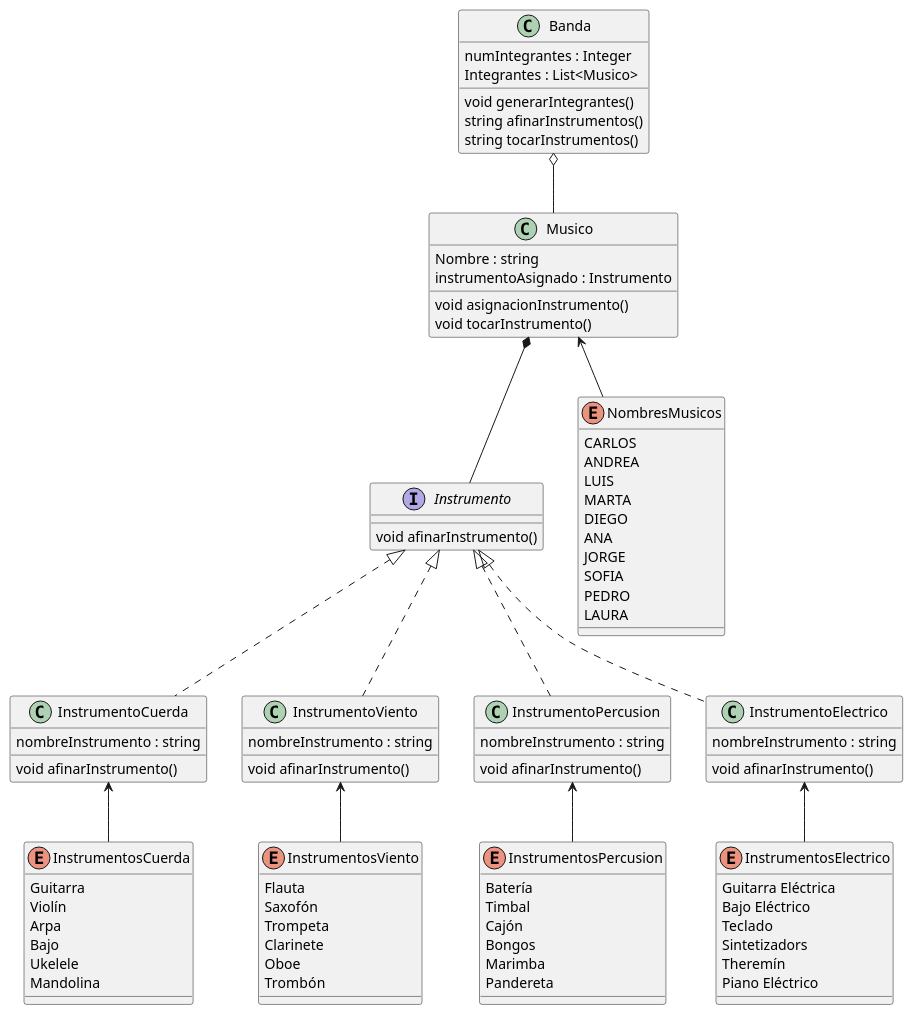
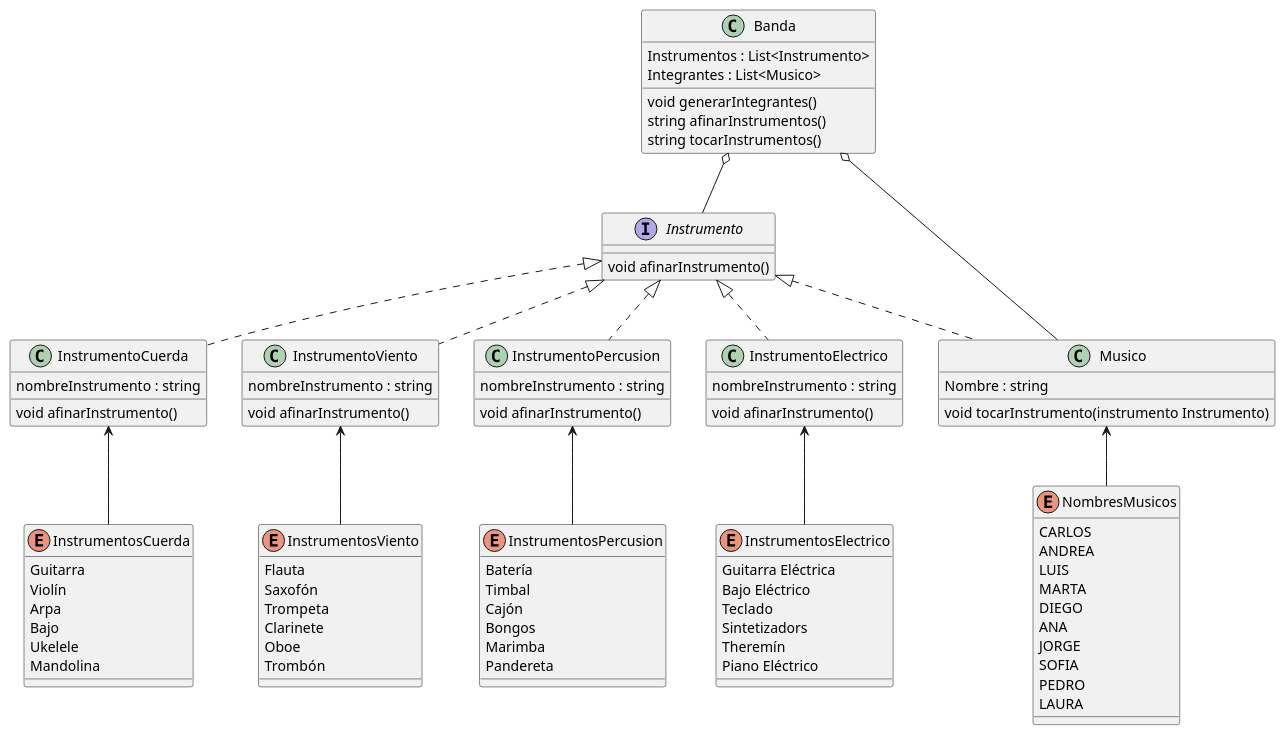
Before and after one commit to Arlo-O/RepoModelosII: the diagram in UMLBanda/Clases.plantuml, drawn with PlantUML.

Commit message:
Corrección diagrama clases

```diff
--- a/UMLBanda/Clases.plantuml
+++ b/UMLBanda/Clases.plantuml
@@ -1,111 +1,109 @@
 @startuml BandaClasesUml
 
 class Banda {
-    numIntegrantes : Integer
+    Instrumentos : List<Instrumento>
     Integrantes : List<Musico>
 
     void generarIntegrantes()
     string afinarInstrumentos()
     string tocarInstrumentos()
 }
 
 interface Instrumento {
   void afinarInstrumento()
 }
 
 class InstrumentoCuerda {
   nombreInstrumento : string
 
   void afinarInstrumento()
 }
 
 class InstrumentoViento {
   nombreInstrumento : string
 
   void afinarInstrumento()
 }
 
 class InstrumentoPercusion {
   nombreInstrumento : string
 
   void afinarInstrumento()
 }
 
 class InstrumentoElectrico{
   nombreInstrumento : string
 
   void afinarInstrumento()
 }
 
 enum NombresMusicos {
   CARLOS
   ANDREA
   LUIS
   MARTA
   DIEGO
   ANA
   JORGE
   SOFIA
   PEDRO
   LAURA
 }
 
 class Musico {
   Nombre : string
-  instrumentoAsignado : Instrumento
-
-  void asignacionInstrumento()
-  void tocarInstrumento()
+  void tocarInstrumento(instrumento Instrumento)
 }
 
 enum InstrumentosCuerda{
   Guitarra
   Violín
   Arpa
   Bajo
   Ukelele
   Mandolina
 }
 
 enum InstrumentosViento{
   Flauta
   Saxofón
   Trompeta
   Clarinete
   Oboe
   Trombón
 }
 
 enum InstrumentosPercusion{
   Batería
   Timbal
   Cajón
   Bongos
   Marimba
   Pandereta
 }
 
 enum InstrumentosElectrico{
   Guitarra Eléctrica
   Bajo Eléctrico
   Teclado
   Sintetizadors
   Theremín
   Piano Eléctrico
 }
 
 
 
 Banda o-- Musico
-Musico *-- Instrumento
+Banda o-- Instrumento
 Musico <-- NombresMusicos
+Instrumento <|.. Musico
 Instrumento <|.. InstrumentoCuerda
 Instrumento <|.. InstrumentoViento
 Instrumento <|.. InstrumentoPercusion
 Instrumento <|.. InstrumentoElectrico
 InstrumentoElectrico <-- InstrumentosElectrico
 InstrumentoCuerda <-- InstrumentosCuerda
 InstrumentoViento <-- InstrumentosViento
 InstrumentoPercusion <-- InstrumentosPercusion
 
 @enduml
```
